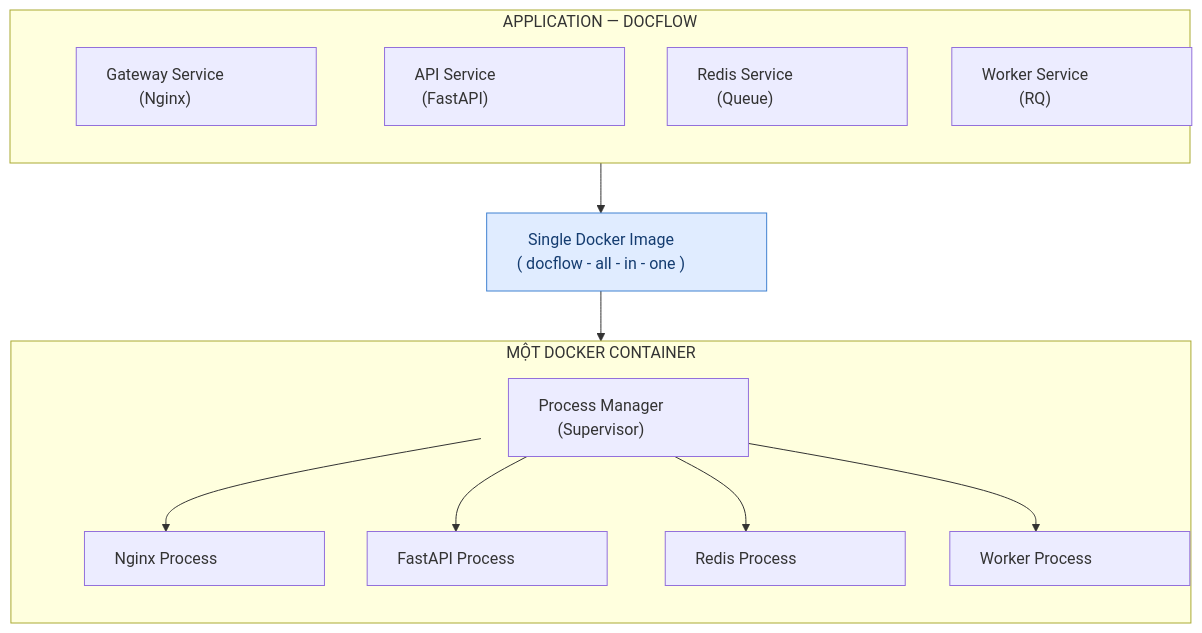
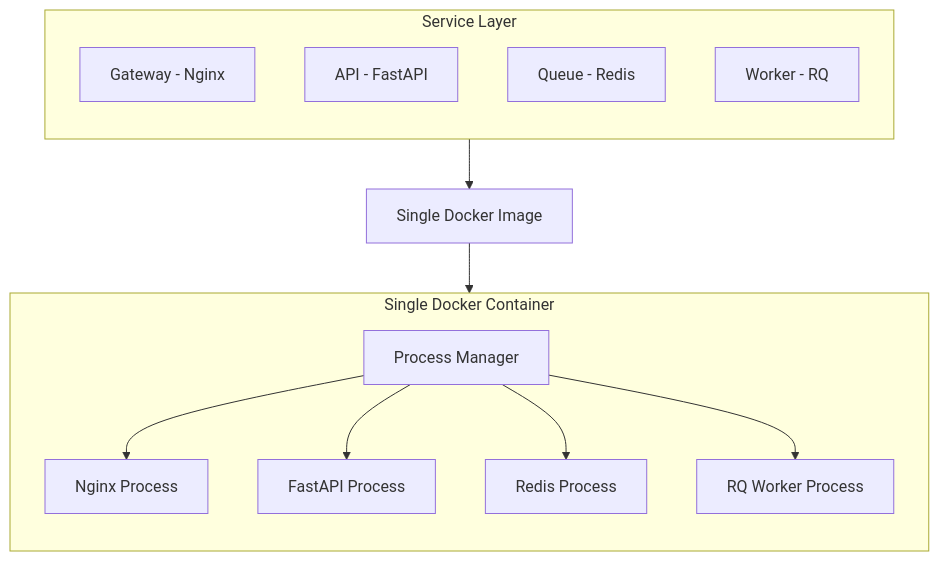
The second of 2 diagrams in README.md (TranKiet146/docflow_SOA_Seminar), drawn with Mermaid before and after one commit. The commit also changed other lines of this file, not shown here.

Commit message:
single container diagram

````diff
--- a/README.md
+++ b/README.md
@@ -415,39 +417,29 @@
 ```mermaid
 flowchart TB
-    subgraph S["APPLICATION — DOCFLOW"]
+    subgraph Services["Service Layer"]
         direction TB
-        A["Gateway Service<br/>(Nginx)"]
-        B["API Service<br/>(FastAPI)"]
-        C["Redis Service<br/>(Queue)"]
-        D["Worker Service<br/>(RQ)"]
+        S1["Gateway - Nginx"]
+        S2["API - FastAPI"]
+        S3["Queue - Redis"]
+        S4["Worker - RQ"]
     end
 
-    I["Single Docker Image<br/>( docflow - all - in - one )"]
+    IMG["Single Docker Image"]
 
-    subgraph K["MỘT DOCKER CONTAINER"]
+    subgraph Container["Single Docker Container"]
         direction TB
-        P["Process Manager<br/>(Supervisor)"]
-        N["Nginx Process"]
-        F["FastAPI Process"]
-        R["Redis Process"]
-        W["Worker Process"]
-        P --> N
-        P --> F
-        P --> R
-        P --> W
+        PM["Process Manager"]
+        P1["Nginx Process"]
+        P2["FastAPI Process"]
+        P3["Redis Process"]
+        P4["RQ Worker Process"]
+
+        PM --> P1
+        PM --> P2
+        PM --> P3
+        PM --> P4
     end
 
-    S --> I
-    I --> K
-
-    style I fill:#e0ecff,stroke:#4182d1,color:#143c70,width:280px
-    style A width:240px
-    style B width:240px
-    style C width:240px
-    style D width:240px
-    style P width:240px
-    style N width:240px
-    style F width:240px
-    style R width:240px
-    style W width:240px
+    Services --> IMG
+    IMG --> PM
 ```
````
